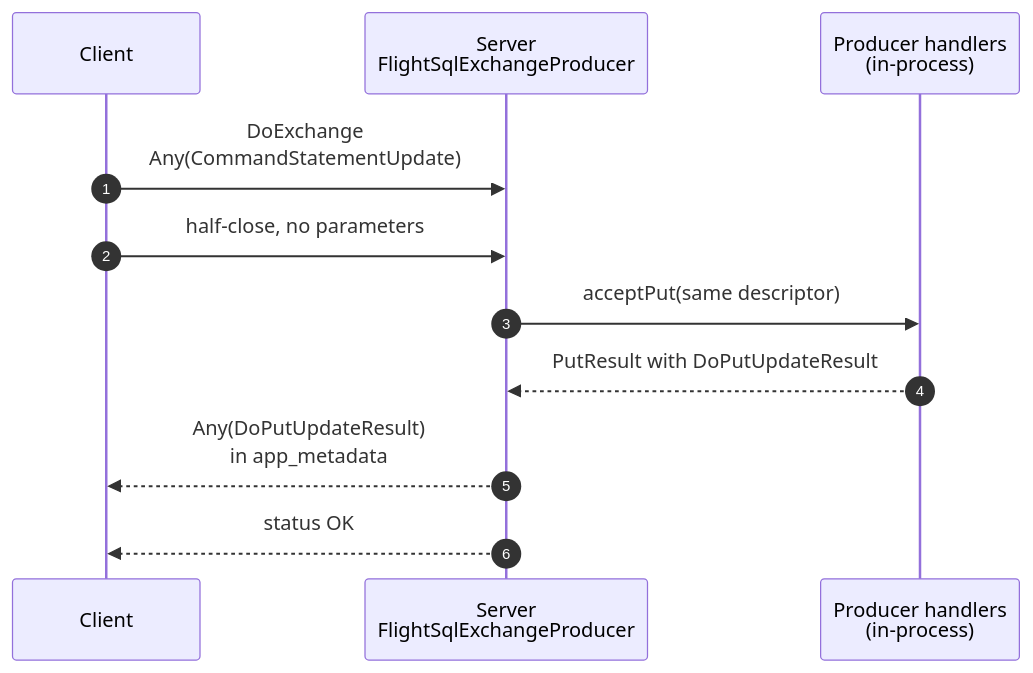
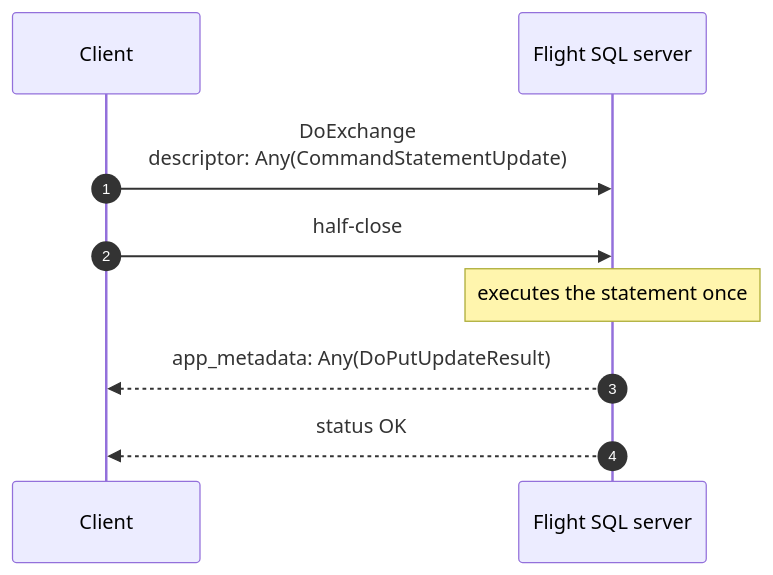
One commit to xborder/arrow-java changed the fourth of 11 diagrams in flight/flight-sql/flight-sql-over-doexchange.md. Above: the diagram before and after it, drawn with Mermaid. The commit also changed other lines of this file, not shown here.

First line of the commit message:
[FlightSQL] Rework the DoExchange notes into a protocol proposal

````diff
--- a/flight/flight-sql/flight-sql-over-doexchange.md
+++ b/flight/flight-sql/flight-sql-over-doexchange.md
@@ -232,13 +325,11 @@
 ```mermaid
 sequenceDiagram
     autonumber
     participant C as Client
-    participant S as Server<br/>FlightSqlExchangeProducer
-    participant P as Producer handlers<br/>(in-process)
-    C->>S: DoExchange<br/>Any(CommandStatementUpdate)
-    C->>S: half-close, no parameters
-    S->>P: acceptPut(same descriptor)
-    P-->>S: PutResult with DoPutUpdateResult
-    S-->>C: Any(DoPutUpdateResult)<br/>in app_metadata
+    participant S as Flight SQL server
+    C->>S: DoExchange<br/>descriptor: Any(CommandStatementUpdate)
+    C->>S: half-close
+    Note over S: executes the statement once
+    S-->>C: app_metadata: Any(DoPutUpdateResult)
     S-->>C: status OK
 ```
````
